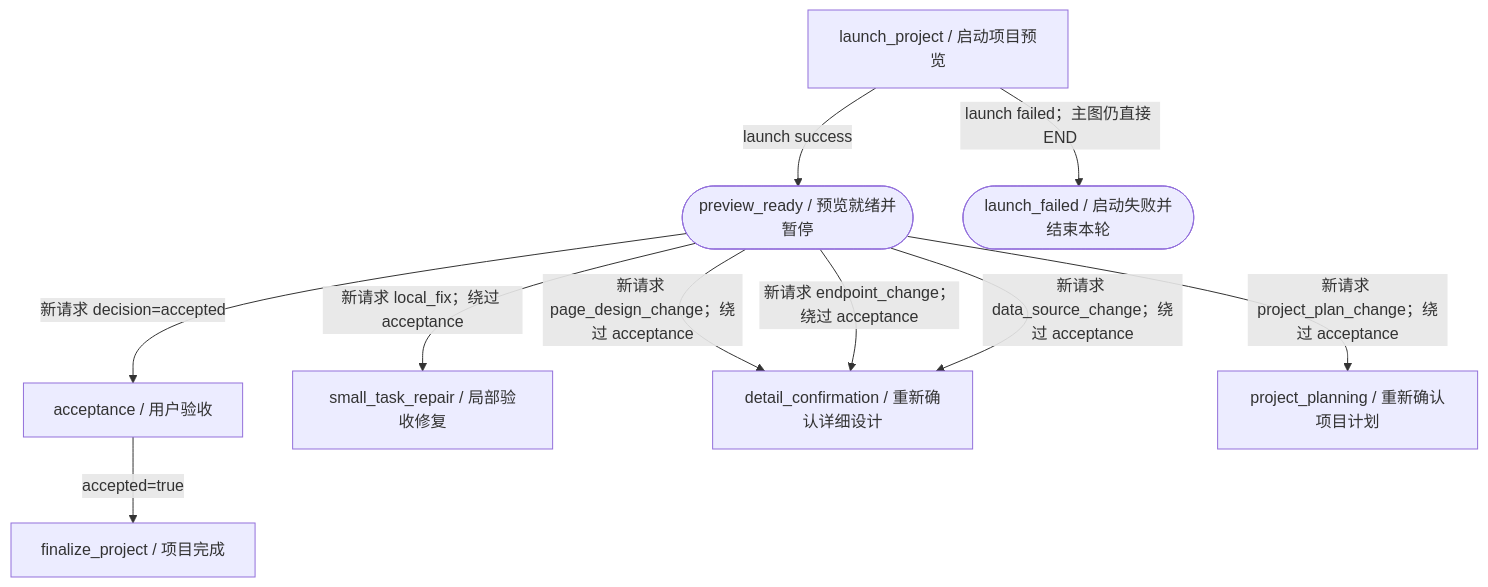
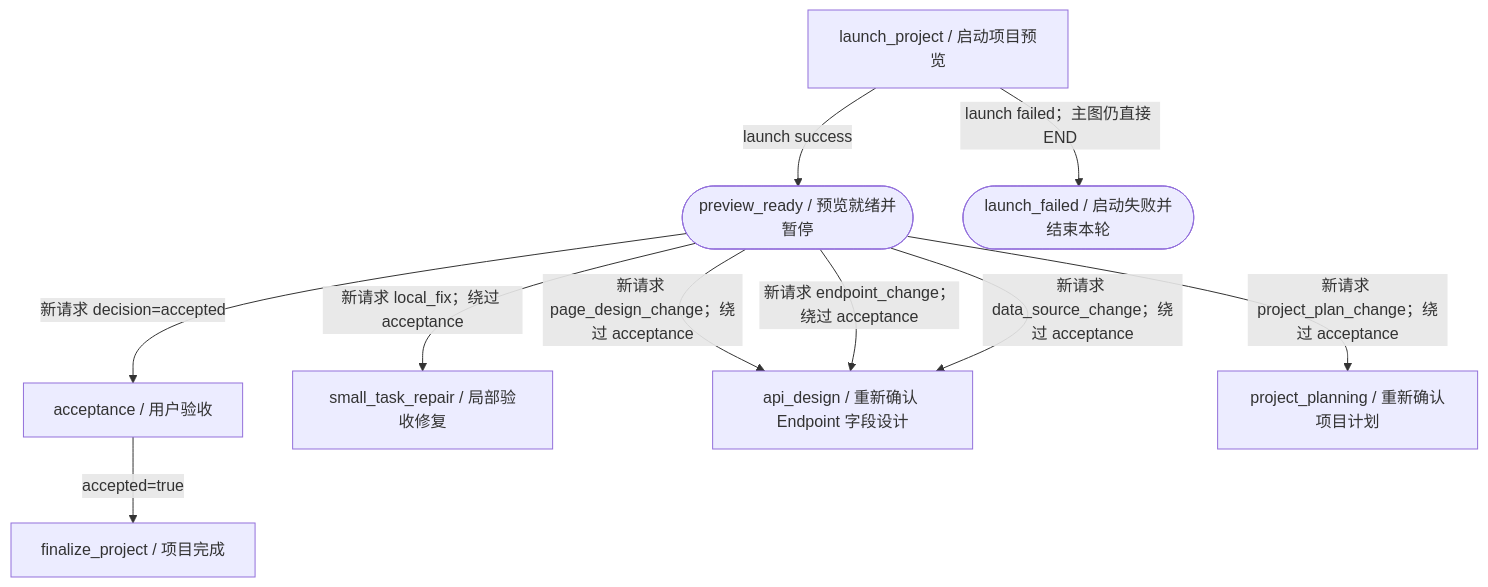
One commit to YYYWYF/XCodeAgent changed the eighth of 11 diagrams in docs/XCODEAGENT_COMPLETE_WORKFLOW.md. Above: the diagram before and after it, drawn with Mermaid. The commit also changed other lines of this file and 90 other files, not shown here.

````diff
--- a/docs/XCODEAGENT_COMPLETE_WORKFLOW.md
+++ b/docs/XCODEAGENT_COMPLETE_WORKFLOW.md
@@ -569,21 +573,21 @@
 ```mermaid
 flowchart TD
     L["launch_project / 启动项目预览"]
     P(["preview_ready / 预览就绪并暂停"])
     LE(["launch_failed / 启动失败并结束本轮"])
     A["acceptance / 用户验收"]
     F["finalize_project / 项目完成"]
     S["small_task_repair / 局部验收修复"]
-    D["detail_confirmation / 重新确认详细设计"]
+    D["api_design / 重新确认 Endpoint 字段设计"]
     PP["project_planning / 重新确认项目计划"]
 
     L -->|"launch success"| P
     L -->|"launch failed；主图仍直接 END"| LE
     P -->|"新请求 decision=accepted"| A
     A -->|"accepted=true"| F
     P -->|"新请求 local_fix；绕过 acceptance"| S
     P -->|"新请求 page_design_change；绕过 acceptance"| D
     P -->|"新请求 endpoint_change；绕过 acceptance"| D
     P -->|"新请求 data_source_change；绕过 acceptance"| D
     P -->|"新请求 project_plan_change；绕过 acceptance"| PP
 ```
````
